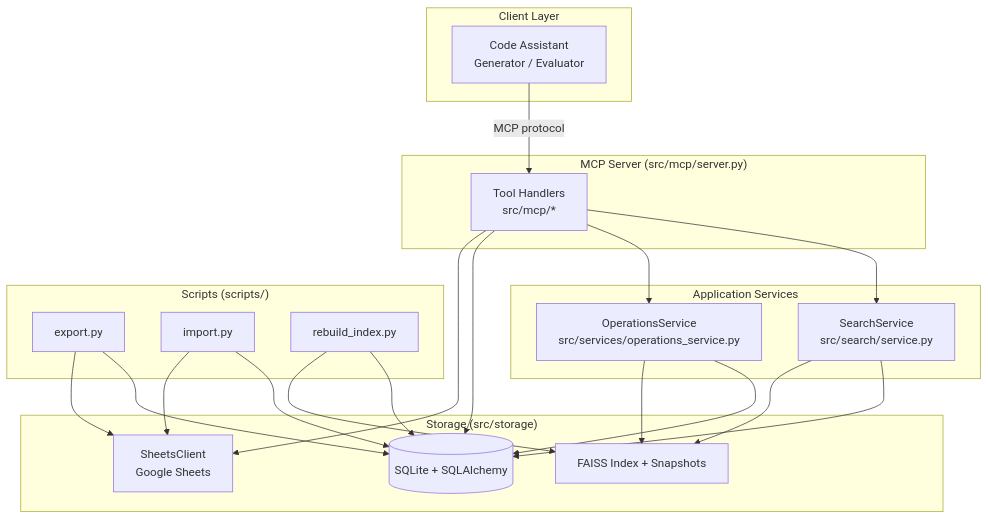
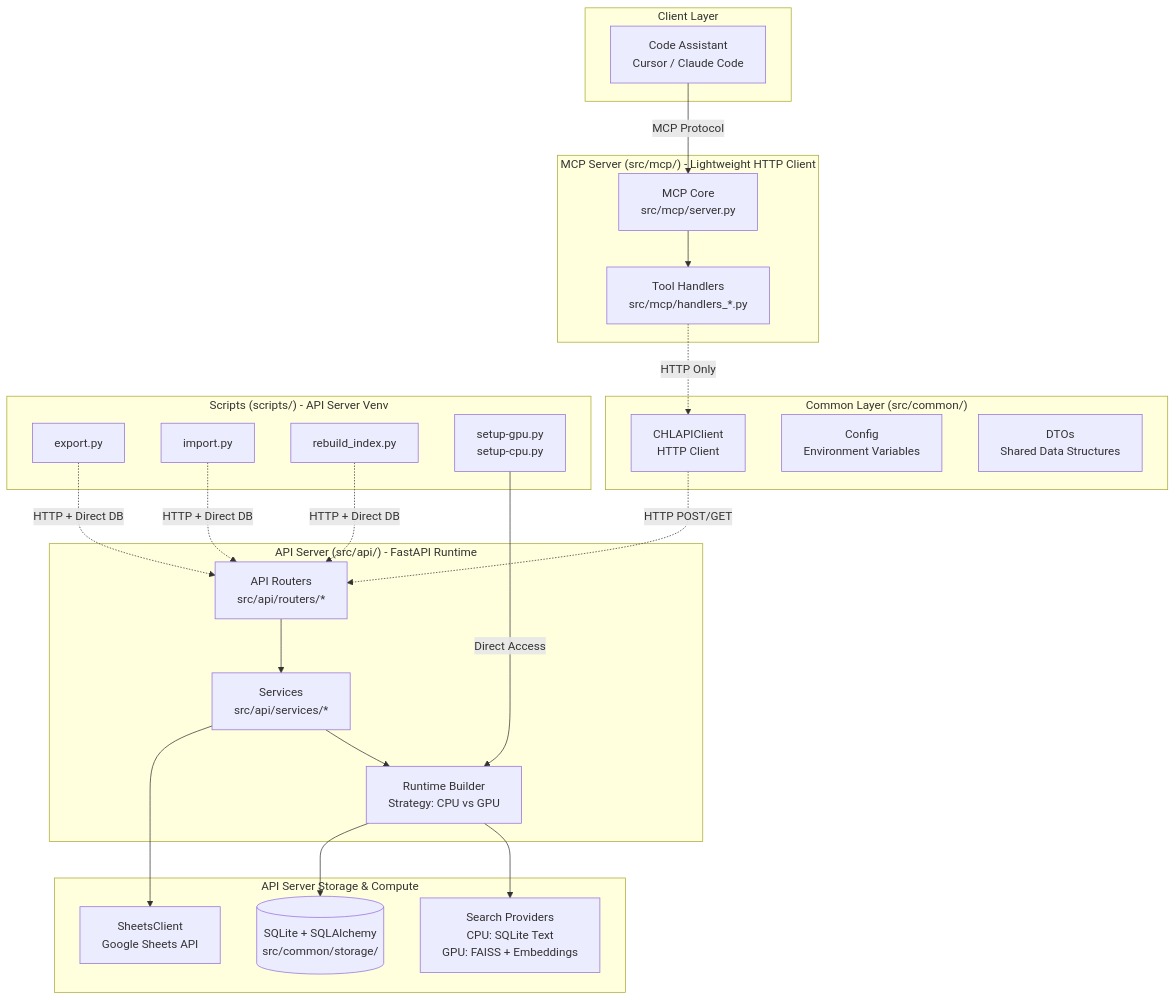
Before and after one commit to tyouritsugun/curated-heuristic-loop: the first of 4 diagrams in doc/architecture.md, drawn with Mermaid. The commit also changed other lines of this file and 7 other files, not shown here.

````diff
--- a/doc/architecture.md
+++ b/doc/architecture.md
@@ -8,43 +11,50 @@
 ```mermaid
 graph TB
     subgraph "Client Layer"
-        CA[Code Assistant<br/>Generator / Evaluator]
+        CA[Code Assistant<br/>Cursor / Claude Code]
     end
 
-    subgraph "MCP Server (src/mcp/server.py)"
-        HNDL[Tool Handlers<br/>src/mcp/*]
+    subgraph "MCP Server (src/mcp/) - Lightweight HTTP Client"
+        MCPCORE[MCP Core<br/>src/mcp/server.py]
+        HNDL[Tool Handlers<br/>src/mcp/handlers_*.py]
     end
 
-    subgraph "Application Services"
-        SRCH[SearchService<br/>src/search/service.py]
-        OPS[OperationsService<br/>src/services/operations_service.py]
+    subgraph "API Server (src/api/) - FastAPI Runtime"
+        ROUTERS[API Routers<br/>src/api/routers/*]
+        SRVCS[Services<br/>src/api/services/*]
+        RUNTIME[Runtime Builder<br/>Strategy: CPU vs GPU]
     end
 
-    subgraph "Storage (src/storage)"
-        DB[(SQLite + SQLAlchemy)]
-        SHEETS[SheetsClient<br/>Google Sheets]
-        INDEX[FAISS Index + Snapshots]
+    subgraph "Common Layer (src/common/)"
+        APICLIENT[CHLAPIClient<br/>HTTP Client]
+        CONFIG[Config<br/>Environment Variables]
+        DTO[DTOs<br/>Shared Data Structures]
     end
 
-    subgraph "Scripts (scripts/)"
+    subgraph "API Server Storage & Compute"
+        DB[(SQLite + SQLAlchemy<br/>src/common/storage/)]
+        SHEETS[SheetsClient<br/>Google Sheets API]
+        SEARCH[Search Providers<br/>CPU: SQLite Text<br/>GPU: FAISS + Embeddings]
+    end
+
+    subgraph "Scripts (scripts/) - API Server Venv"
         EXPORT[export.py]
         IMPORT[import.py]
         REBUILD[rebuild_index.py]
+        SETUP[setup-gpu.py<br/>setup-cpu.py]
     end
 
-    CA -->|MCP protocol| HNDL
-    HNDL --> SRCH
-    HNDL --> OPS
-    HNDL --> DB
-    SRCH --> DB
-    SRCH --> INDEX
-    OPS --> DB
-    OPS --> INDEX
-    HNDL --> SHEETS
-    EXPORT --> DB
-    EXPORT --> SHEETS
-    IMPORT --> DB
-    IMPORT --> SHEETS
-    REBUILD --> DB
-    REBUILD --> INDEX
+    CA -->|MCP Protocol| MCPCORE
+    MCPCORE --> HNDL
+    HNDL -.->|HTTP Only| APICLIENT
+    APICLIENT -.->|HTTP POST/GET| ROUTERS
+    ROUTERS --> SRVCS
+    SRVCS --> RUNTIME
+    RUNTIME --> SEARCH
+    RUNTIME --> DB
+    SRVCS --> SHEETS
+    EXPORT -.->|HTTP + Direct DB| ROUTERS
+    IMPORT -.->|HTTP + Direct DB| ROUTERS
+    REBUILD -.->|HTTP + Direct DB| ROUTERS
+    SETUP -->|Direct Access| RUNTIME
 ```
````
